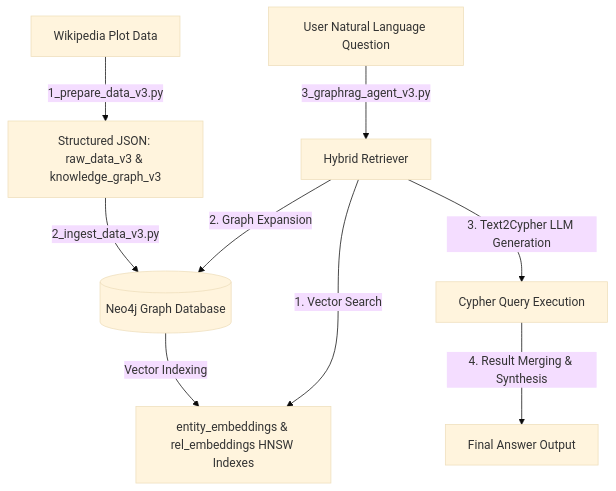
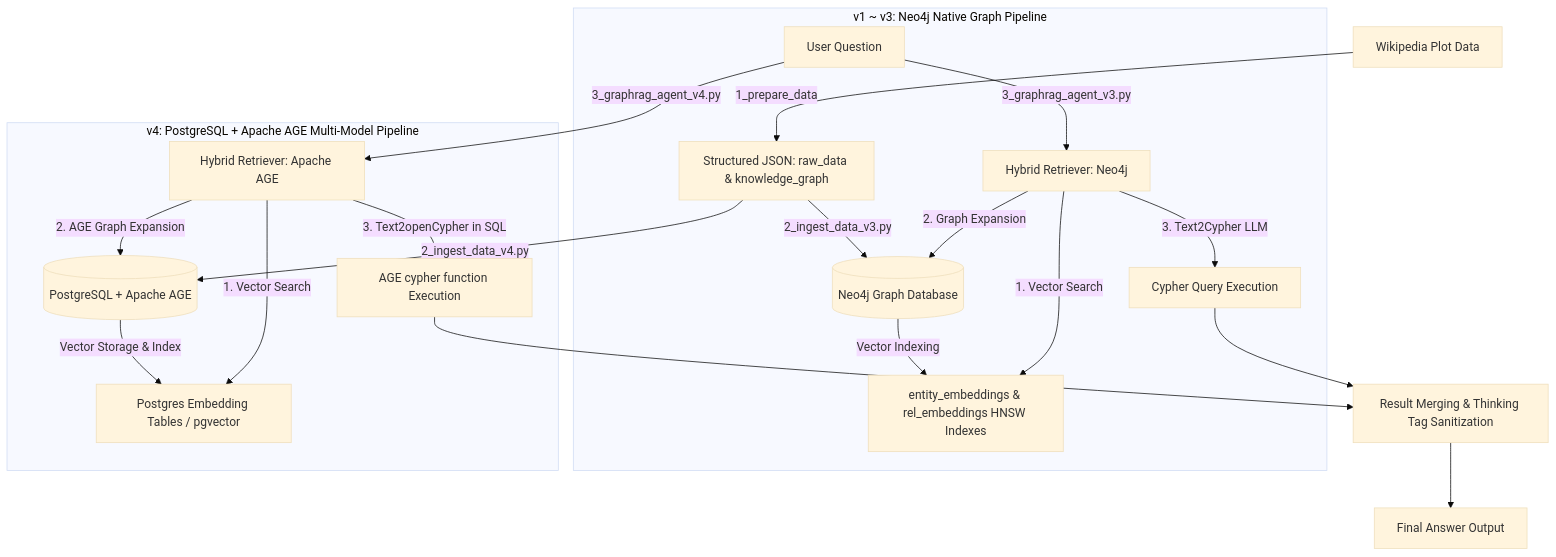
One commit to yojulab/learn_graphrags_agent changed the diagram in docs/PRD.md. Above: the diagram before and after it, drawn with Mermaid (base theme). The commit also changed other lines of this file and 28 other files, not shown here.

First line of the commit message:
rule: docs/PRD.md에 맞춰 GraphRAG 에이전트 하네스 및 프롬프트 체계 전면 개편

````diff
--- a/docs/PRD.md
+++ b/docs/PRD.md
@@ -29,11 +31,26 @@
 ```mermaid
 graph TD
-    A[Wikipedia Plot Data] -->|1_prepare_data_v3.py| B[Structured JSON: raw_data_v3 & knowledge_graph_v3]
-    B -->|2_ingest_data_v3.py| C[(Neo4j Graph Database)]
-    C -->|Vector Indexing| D[entity_embeddings & rel_embeddings HNSW Indexes]
-    E[User Natural Language Question] -->|3_graphrag_agent_v3.py| F[Hybrid Retriever]
-    F -->|1. Vector Search| D
-    F -->|2. Graph Expansion| C
-    F -->|3. Text2Cypher LLM Generation| G[Cypher Query Execution]
-    G -->|4. Result Merging & Synthesis| H[Final Answer Output]
+    A[Wikipedia Plot Data] -->|1_prepare_data| B[Structured JSON: raw_data & knowledge_graph]
+    
+    subgraph Neo4j Pipeline [v1 ~ v3: Neo4j Native Graph Pipeline]
+        B -->|2_ingest_data_v3.py| C1[(Neo4j Graph Database)]
+        C1 -->|Vector Indexing| D1[entity_embeddings & rel_embeddings HNSW Indexes]
+        E[User Question] -->|3_graphrag_agent_v3.py| F1[Hybrid Retriever: Neo4j]
+        F1 -->|1. Vector Search| D1
+        F1 -->|2. Graph Expansion| C1
+        F1 -->|3. Text2Cypher LLM| G1[Cypher Query Execution]
+    end
+
+    subgraph Apache AGE Pipeline [v4: PostgreSQL + Apache AGE Multi-Model Pipeline]
+        B -->|2_ingest_data_v4.py| C2[(PostgreSQL + Apache AGE)]
+        C2 -->|Vector Storage & Index| D2[Postgres Embedding Tables / pgvector]
+        E -->|3_graphrag_agent_v4.py| F2[Hybrid Retriever: Apache AGE]
+        F2 -->|1. Vector Search| D2
+        F2 -->|2. AGE Graph Expansion| C2
+        F2 -->|3. Text2openCypher in SQL| G2[AGE cypher function Execution]
+    end
+
+    G1 --> H[Result Merging & Thinking Tag Sanitization]
+    G2 --> H
+    H --> I[Final Answer Output]
 ```
````
